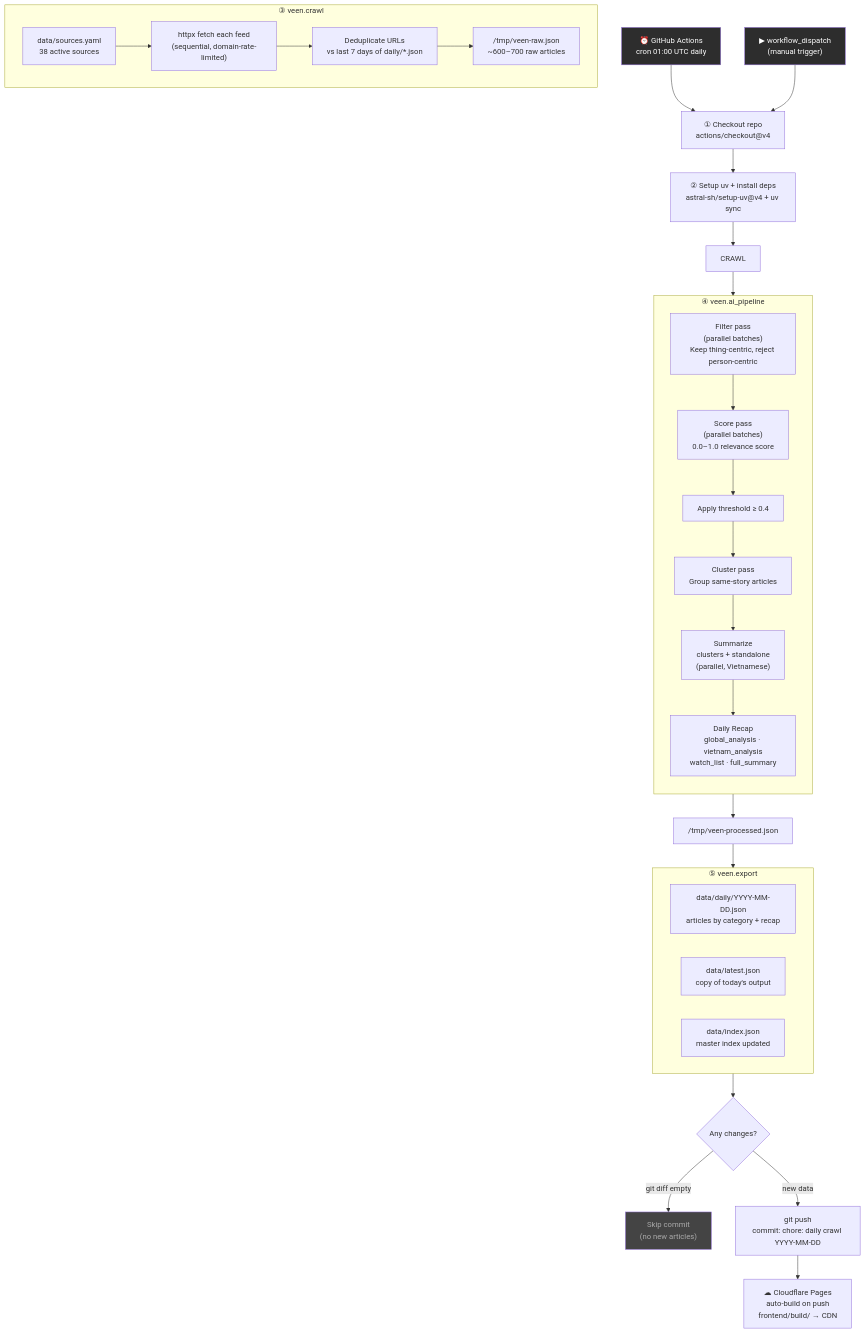
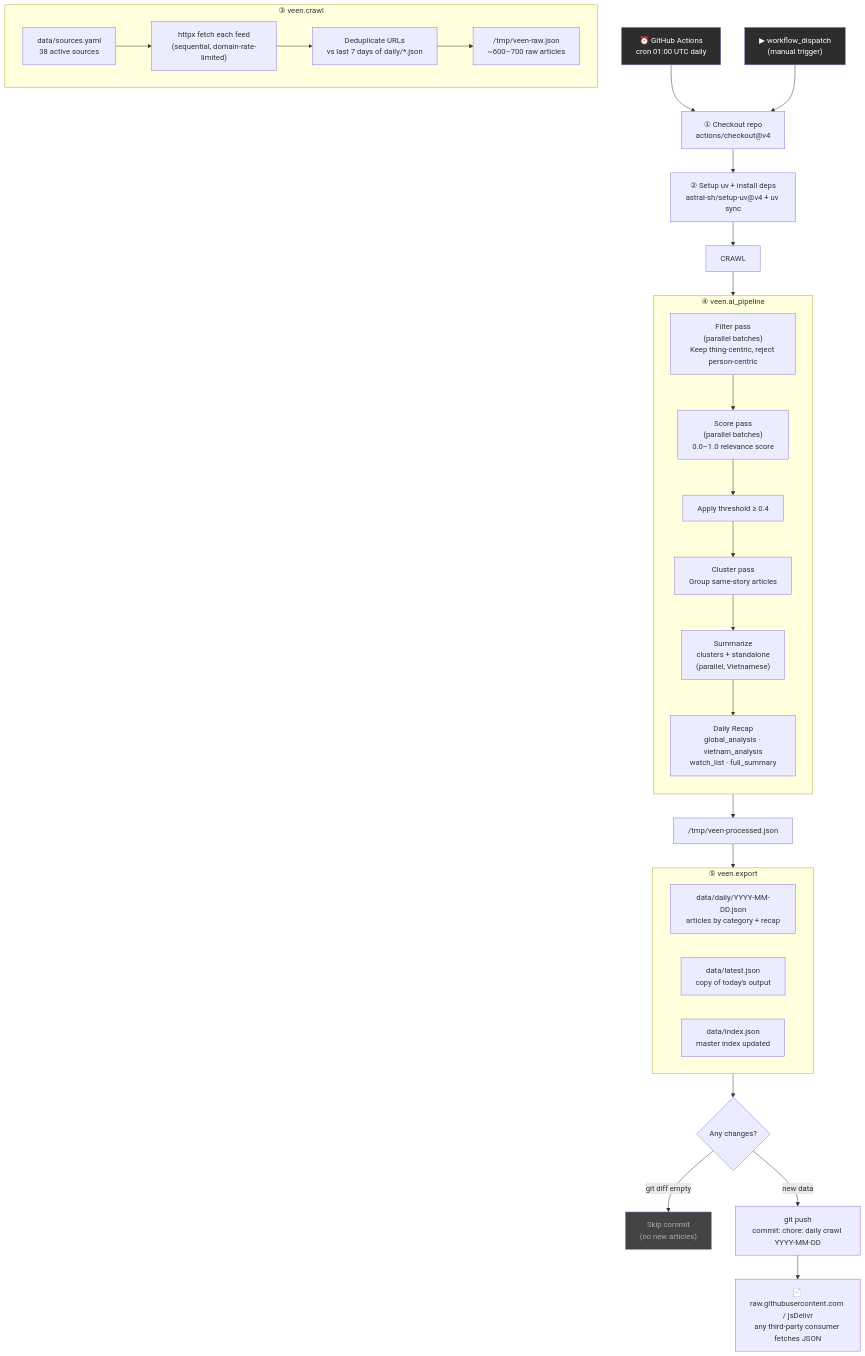
The first of 4 diagrams in docs/architecture/github-actions-workflow.md (quniv/veen-news), drawn with Mermaid before and after one commit. The commit also changed other lines of this file and 31 other files, not shown here.

````diff
--- a/docs/architecture/github-actions-workflow.md
+++ b/docs/architecture/github-actions-workflow.md
@@ -5,48 +5,48 @@
 ```mermaid
 flowchart TD
     CRON["⏰ GitHub Actions\ncron 01:00 UTC daily"] --> CHECKOUT
     MANUAL["▶ workflow_dispatch\n(manual trigger)"] --> CHECKOUT
 
     CHECKOUT["① Checkout repo\nactions/checkout@v4"] --> UV
     UV["② Setup uv + install deps\nastral-sh/setup-uv@v4 + uv sync"] --> CRAWL
 
     subgraph CRAWL_STEP ["③ veen.crawl"]
         SOURCES["data/sources.yaml\n38 active sources"] --> FETCH
         FETCH["httpx fetch each feed\n(sequential, domain-rate-limited)"] --> DEDUP
         DEDUP["Deduplicate URLs\nvs last 7 days of daily/*.json"] --> RAW
         RAW["/tmp/veen-raw.json\n~600–700 raw articles"]
     end
 
     CRAWL --> AI_STEP
 
     subgraph AI_STEP ["④ veen.ai_pipeline"]
         direction TB
         FILTER["Filter pass\n(parallel batches)\nKeep thing-centric, reject person-centric"] --> SCORE
         SCORE["Score pass\n(parallel batches)\n0.0–1.0 relevance score"] --> THRESHOLD
         THRESHOLD["Apply threshold ≥ 0.4"] --> CLUSTER
         CLUSTER["Cluster pass\nGroup same-story articles"] --> SUMMARIZE
         SUMMARIZE["Summarize\nclusters + standalone\n(parallel, Vietnamese)"] --> RECAP
         RECAP["Daily Recap\nglobal_analysis · vietnam_analysis\nwatch_list · full_summary"]
     end
 
     AI_STEP --> PROCESSED
     PROCESSED["/tmp/veen-processed.json"] --> EXPORT_STEP
 
     subgraph EXPORT_STEP ["⑤ veen.export"]
         E1["data/daily/YYYY-MM-DD.json\narticles by category + recap"]
         E2["data/latest.json\ncopy of today's output"]
         E3["data/index.json\nmaster index updated"]
     end
 
     EXPORT_STEP --> COMMIT
 
     COMMIT{"Any changes?"}
     COMMIT -- "git diff empty" --> SKIP["Skip commit\n(no new articles)"]
     COMMIT -- "new data" --> PUSH["git push\ncommit: chore: daily crawl YYYY-MM-DD"]
 
-    PUSH --> CF["☁ Cloudflare Pages\nauto-build on push\nfrontend/build/ → CDN"]
+    PUSH --> CONSUMERS["📄 raw.githubusercontent.com / jsDelivr\nany third-party consumer fetches JSON"]
 
     style CRON fill:#2d2d2d,color:#fff
     style MANUAL fill:#2d2d2d,color:#fff
     style SKIP fill:#444,color:#aaa
 ```
````
